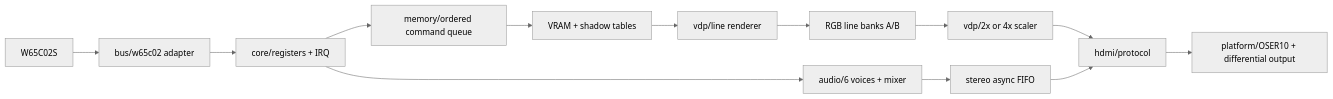
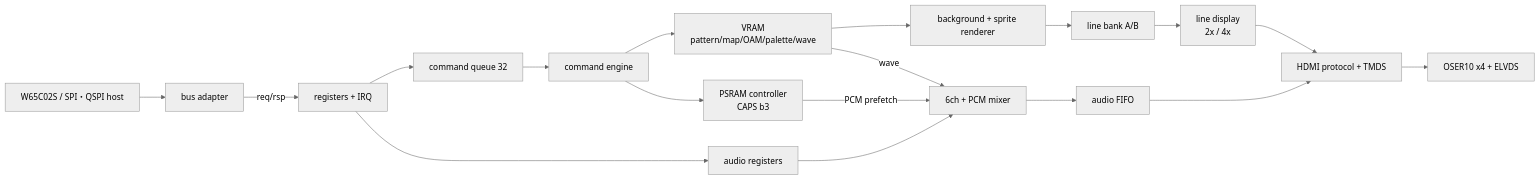
Before and after one commit to siska-tech/kagura: the diagram in docs/architecture.md, drawn with Mermaid (neutral theme). The commit also changed other lines of this file and 50 other files, not shown here.

````diff
--- a/docs/architecture.md
+++ b/docs/architecture.md
@@ -11,15 +21,20 @@
 ```mermaid
 flowchart LR
-    CPU[W65C02S] --> BUS[bus/w65c02 adapter]
-    BUS --> REG[core/registers + IRQ]
-    REG --> FIFO[memory/ordered command queue]
-    FIFO --> MEM[VRAM + shadow tables]
-    MEM --> RENDER[vdp/line renderer]
-    RENDER --> LINE[RGB line banks A/B]
-    LINE --> SCALE[vdp/2x or 4x scaler]
-    SCALE --> HDMI[hdmi/protocol]
-    REG --> AUDIO[audio/6 voices + mixer]
-    AUDIO --> AFIFO[stereo async FIFO]
-    AFIFO --> HDMI
-    HDMI --> PHY[platform/OSER10 + differential output]
+    HOST[W65C02S / SPI・QSPI host] --> BUS[bus adapter]
+    BUS -->|req/rsp| REG[registers + IRQ]
+    REG --> Q[command queue 32]
+    Q --> ENG[command engine]
+    ENG --> VRAM[VRAM<br/>pattern/map/OAM/palette/wave]
+    ENG --> PSRAM[PSRAM controller<br/>CAPS b3]
+    VRAM --> REN[background + sprite renderer]
+    REN --> LB[line bank A/B]
+    LB --> DISP[line display<br/>2x / 4x]
+    DISP --> HDMI[HDMI protocol + TMDS]
+    REG --> AREG[audio registers]
+    AREG --> SYN[6ch + PCM mixer]
+    VRAM -->|wave| SYN
+    PSRAM -->|PCM prefetch| SYN
+    SYN --> AF[audio FIFO]
+    AF --> HDMI
+    HDMI --> SER[OSER10 x4 + ELVDS]
 ```
````
